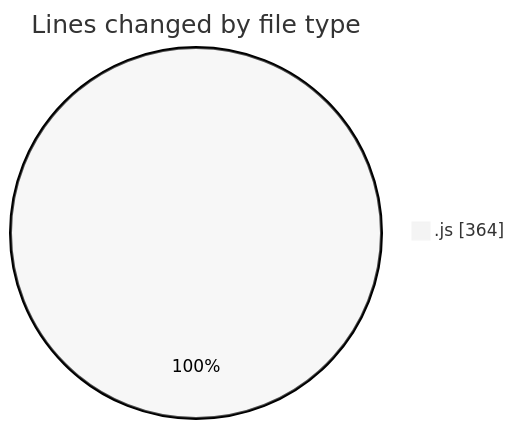
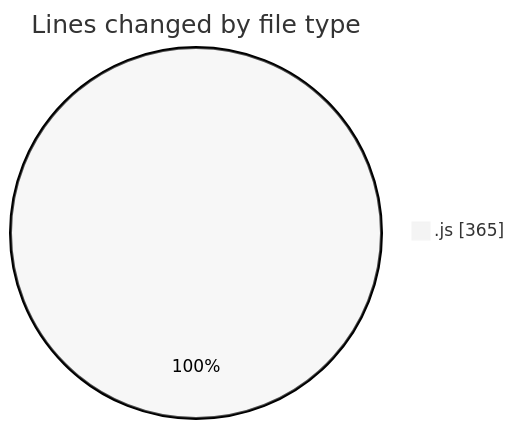
One commit to nxtqubesakshisongat/code-tracking changed the first of 2 diagrams in 2025-06-19/nxtqube_webapp/README.md. Above: the diagram before and after it, drawn with Mermaid (neutral theme). The commit also changed other lines of this file and 1 other file, not shown here.

````diff
--- a/2025-06-19/nxtqube_webapp/README.md
+++ b/2025-06-19/nxtqube_webapp/README.md
@@ -26,5 +26,5 @@
 ```mermaid
 pie showData
 title Lines changed by file type
-".js" : 364
+".js" : 365
 ```
````
